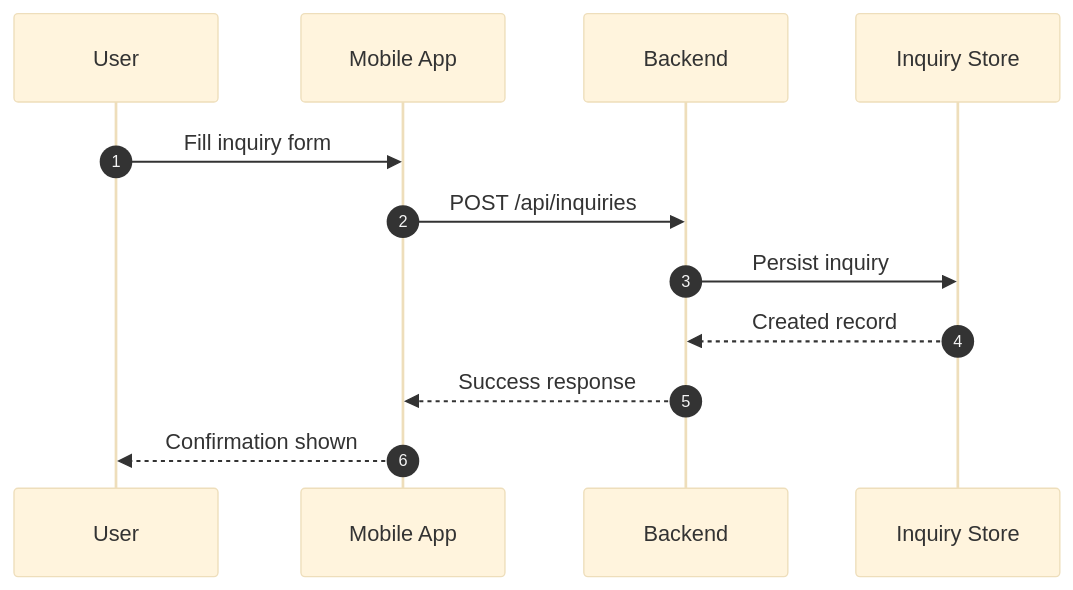
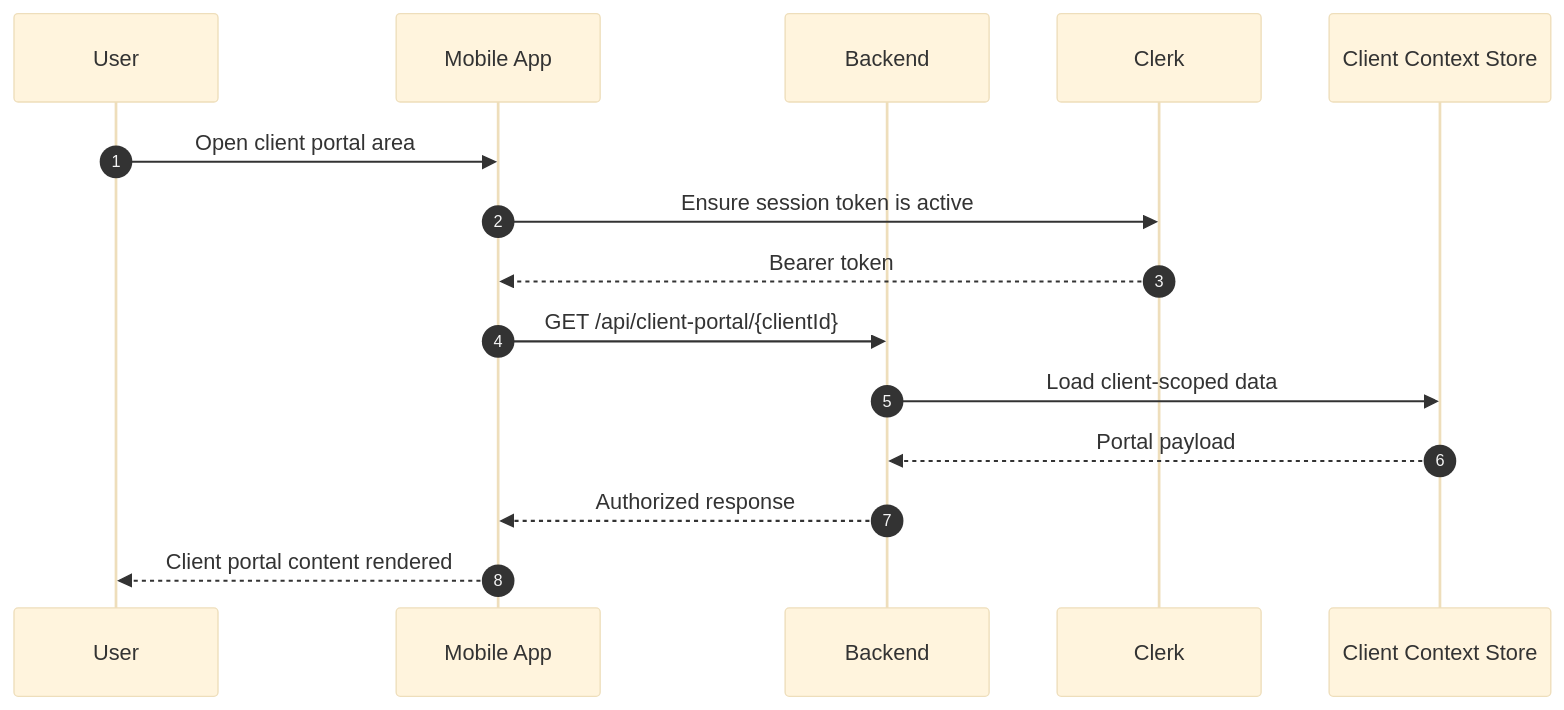
Before and after one commit to Prakshit0902/InStadiumApp: diagram 11 of 15 in README.md, drawn with Mermaid (base theme). The commit also changed other lines of this file, not shown here.

Commit message:
functional mindmap updated

````diff
--- a/README.md
+++ b/README.md
@@ -382,15 +332,18 @@
 ```mermaid
 sequenceDiagram
       autonumber
       participant U as User
       participant A as Mobile App
       participant B as Backend
-      participant D as Inquiry Store
+      participant C as Clerk
+      participant D as Client Context Store
 
-      U->>A: Fill inquiry form
-      A->>B: POST /api/inquiries
-      B->>D: Persist inquiry
-      D-->>B: Created record
-      B-->>A: Success response
-      A-->>U: Confirmation shown
+      U->>A: Open client portal area
+      A->>C: Ensure session token is active
+      C-->>A: Bearer token
+      A->>B: GET /api/client-portal/{clientId}
+      B->>D: Load client-scoped data
+      D-->>B: Portal payload
+      B-->>A: Authorized response
+      A-->>U: Client portal content rendered
 ```
````
